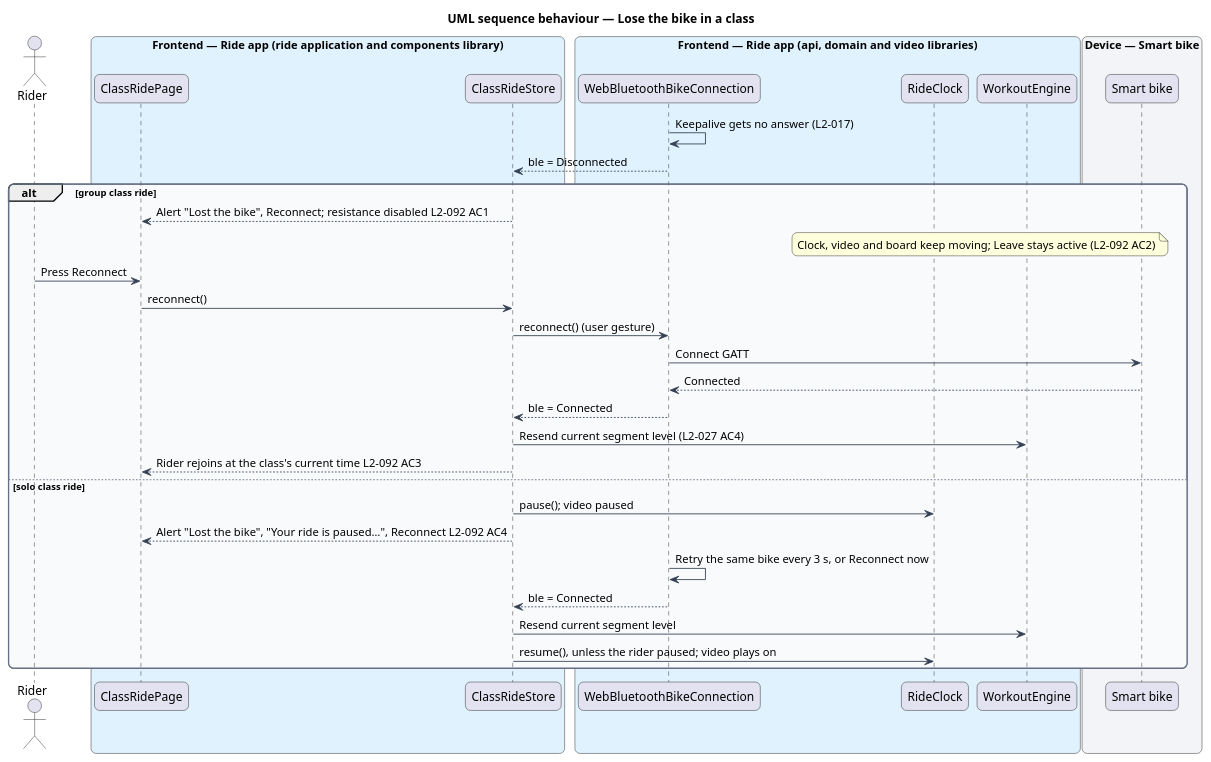
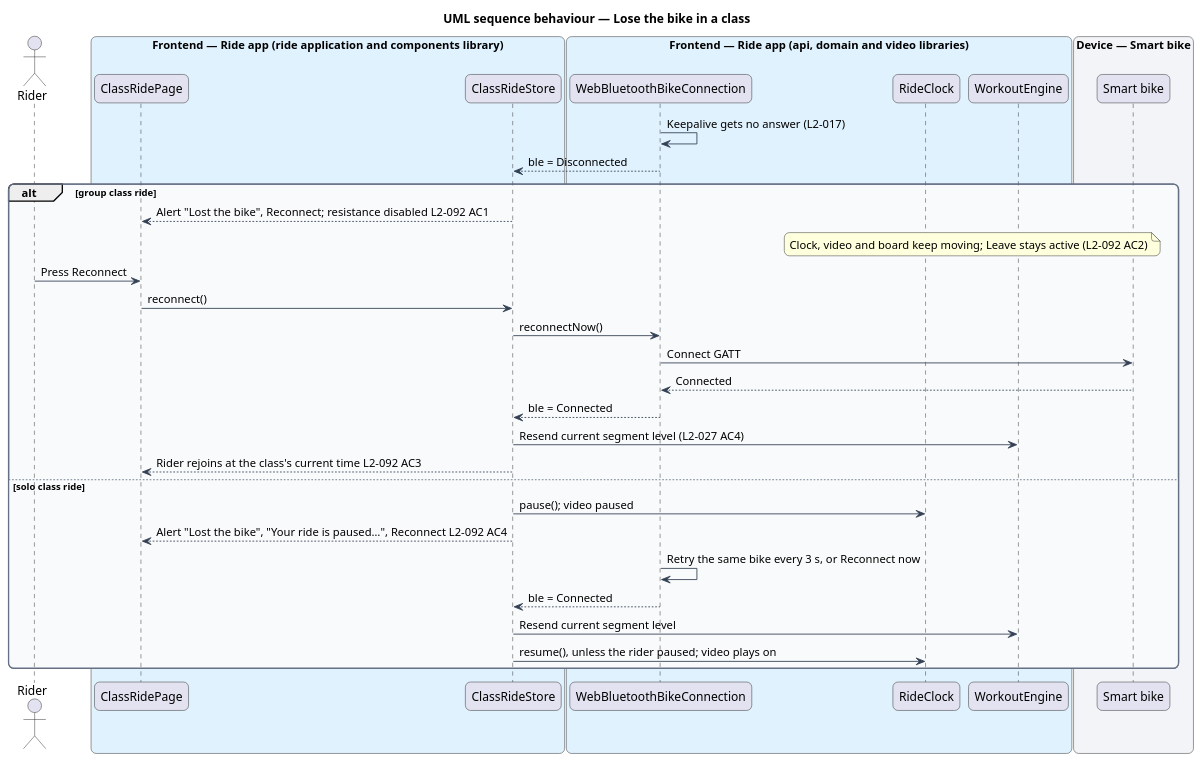
One commit to QuinntyneBrown/ride-one changed the diagram in docs/detailed-designs/classes/pause-leave-or-finish-a-class/diagrams/sequence-lose-the-bike.puml. Above: the diagram before and after it, drawn with PlantUML. The commit also changed 6 other files, not shown here.

```diff
--- a/docs/detailed-designs/classes/pause-leave-or-finish-a-class/diagrams/sequence-lose-the-bike.puml
+++ b/docs/detailed-designs/classes/pause-leave-or-finish-a-class/diagrams/sequence-lose-the-bike.puml
@@ -1,51 +1,51 @@
 @startuml
 title UML sequence behaviour — Lose the bike in a class
 skinparam backgroundColor #FFFFFF
 skinparam shadowing false
 skinparam roundcorner 12
 skinparam defaultFontName Arial
 skinparam ArrowColor #344054
 skinparam rectangle {
   BorderColor #344054
   FontColor #101828
 }
 skinparam package {
   BorderColor #667085
   FontColor #101828
   BackgroundColor #F9FAFB
 }
 actor "Rider" as rider
 box "Frontend — Ride app (ride application and components library)" #E0F2FE
   participant "ClassRidePage" as page
   participant "ClassRideStore" as store
 end box
 box "Frontend — Ride app (api, domain and video libraries)" #E0F2FE
   participant "WebBluetoothBikeConnection" as conn
   participant "RideClock" as clock
   participant "WorkoutEngine" as engine
 end box
 box "Device — Smart bike" #F2F4F7
   participant "Smart bike" as bike
 end box
 conn -> conn : Keepalive gets no answer (L2-017)
 conn --> store : ble = Disconnected
 alt group class ride
   store --> page : Alert "Lost the bike", Reconnect; resistance disabled L2-092 AC1
   note over clock, engine : Clock, video and board keep moving; Leave stays active (L2-092 AC2)
   rider -> page : Press Reconnect
   page -> store : reconnect()
-  store -> conn : reconnect() (user gesture)
+  store -> conn : reconnectNow()
   conn -> bike : Connect GATT
   bike --> conn : Connected
   conn --> store : ble = Connected
   store -> engine : Resend current segment level (L2-027 AC4)
   store --> page : Rider rejoins at the class's current time L2-092 AC3
 else solo class ride
   store -> clock : pause(); video paused
   store --> page : Alert "Lost the bike", "Your ride is paused…", Reconnect L2-092 AC4
   conn -> conn : Retry the same bike every 3 s, or Reconnect now
   conn --> store : ble = Connected
   store -> engine : Resend current segment level
   store -> clock : resume(), unless the rider paused; video plays on
 end
 @enduml
```
